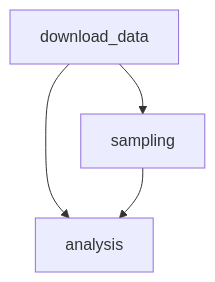
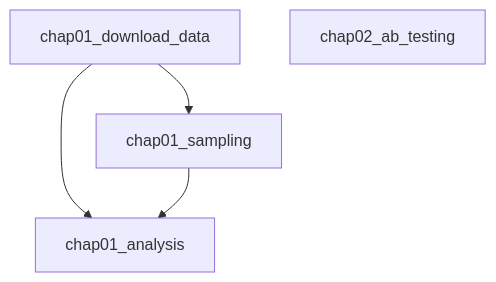
The diagram in PIPELINE.md (u-masao/bayesian-methods-for-hackers-memo), drawn with Mermaid before and after one commit.

Commit message:
[update] dvc repro

````diff
--- a/PIPELINE.md
+++ b/PIPELINE.md
@@ -1,9 +1,10 @@
 ```mermaid
 flowchart TD
-	node1["analysis"]
-	node2["download_data"]
-	node3["sampling"]
+	node1["chap01_analysis"]
+	node2["chap01_download_data"]
+	node3["chap01_sampling"]
 	node2-->node1
 	node2-->node3
 	node3-->node1
+	node4["chap02_ab_testing"]
 ```
````
